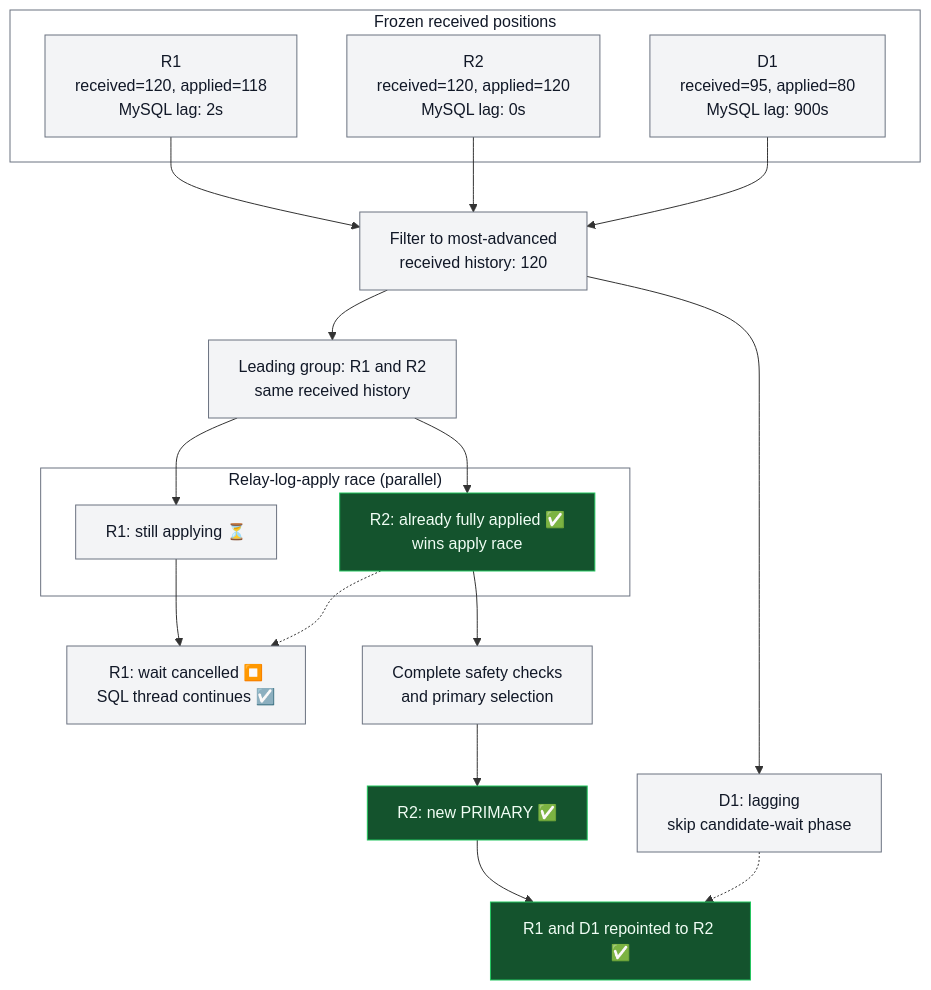
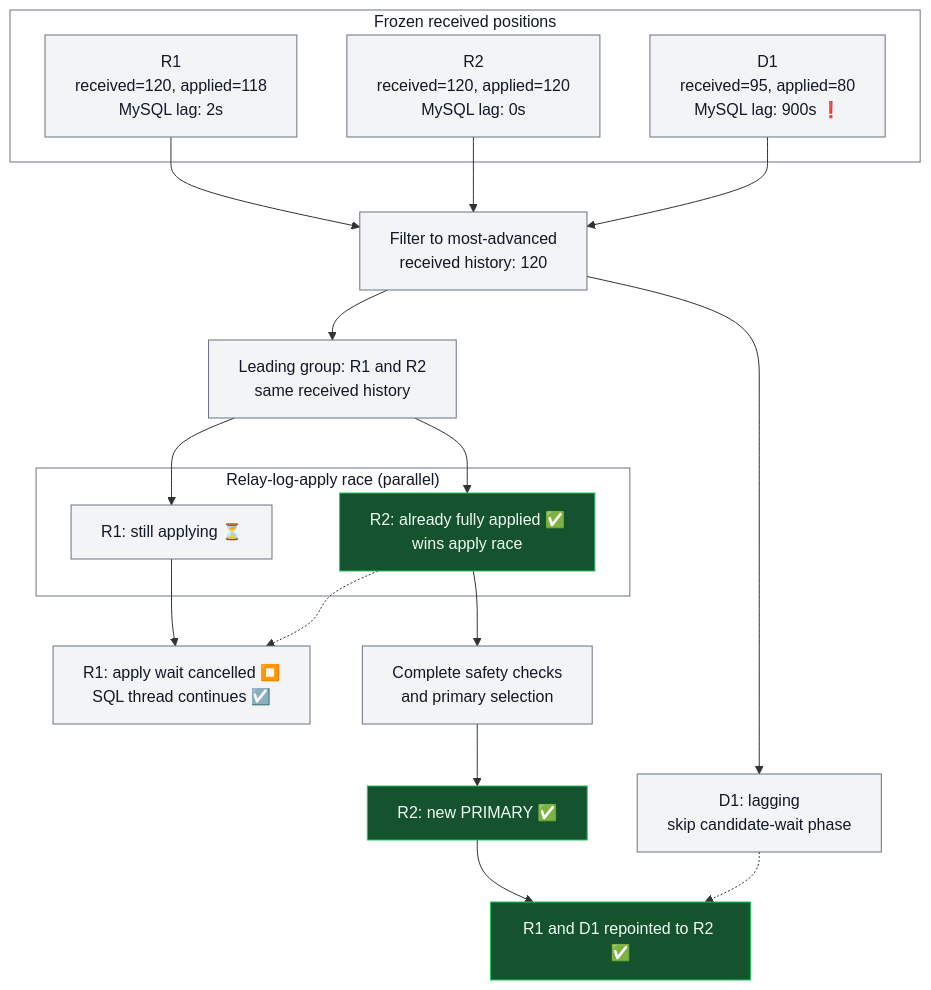
The third of 3 diagrams in content/en/blog/2026-09-24-hardening-emergency-reparent-shard.md (vitessio/website), drawn with Mermaid before and after one commit. The commit also changed other lines of this file, not shown here.

Commit message:
Refine EmergencyReparentShard blog diagrams

````diff
--- a/content/en/blog/2026-09-24-hardening-emergency-reparent-shard.md
+++ b/content/en/blog/2026-09-24-hardening-emergency-reparent-shard.md
@@ -98,34 +102,34 @@
 ```mermaid
 graph TD
     subgraph Positions["Frozen received positions"]
         R1["R1<br/>received=120, applied=118<br/>MySQL lag: 2s"]
         R2["R2<br/>received=120, applied=120<br/>MySQL lag: 0s"]
-        D1["D1<br/>received=95, applied=80<br/>MySQL lag: 900s"]
+        D1["D1<br/>received=95, applied=80<br/>MySQL lag: 900s ❗"]
     end
 
     R1 --> Filter["Filter to most-advanced<br/>received history: 120"]
     R2 --> Filter
     D1 --> Filter
     Filter --> Leading["Leading group: R1 and R2<br/>same received history"]
     Filter --> Skipped["D1: lagging<br/>skip candidate-wait phase"]
 
     Leading --> ApplyR1
     Leading --> ApplyR2
     subgraph Race["Relay-log-apply race (parallel)"]
         ApplyR1["R1: still applying ⏳"]
         ApplyR2["R2: already fully applied ✅<br/>wins apply race"]
     end
 
-    ApplyR1 --> Cancelled["R1: wait cancelled ⏹️<br/>SQL thread continues ☑️"]
+    ApplyR1 --> Cancelled["R1: apply wait cancelled ⏹️<br/>SQL thread continues ☑️"]
     ApplyR2 -.-> Cancelled
     ApplyR2 --> Checks["Complete safety checks<br/>and primary selection"]
     Checks --> Primary["R2: new PRIMARY ✅"]
     Primary --> Repoint["R1 and D1 repointed to R2 ✅"]
     Skipped -.-> Repoint
 
     classDef default fill:#f3f4f6,stroke:#6b7280,color:#111827
     classDef completed fill:#14532d,stroke:#22c55e,color:#f0fdf4
     class ApplyR2,Primary,Repoint completed
     style Positions fill:#ffffff,stroke:#6b7280,color:#111827
     style Race fill:#ffffff,stroke:#6b7280,color:#111827
 ```
````
